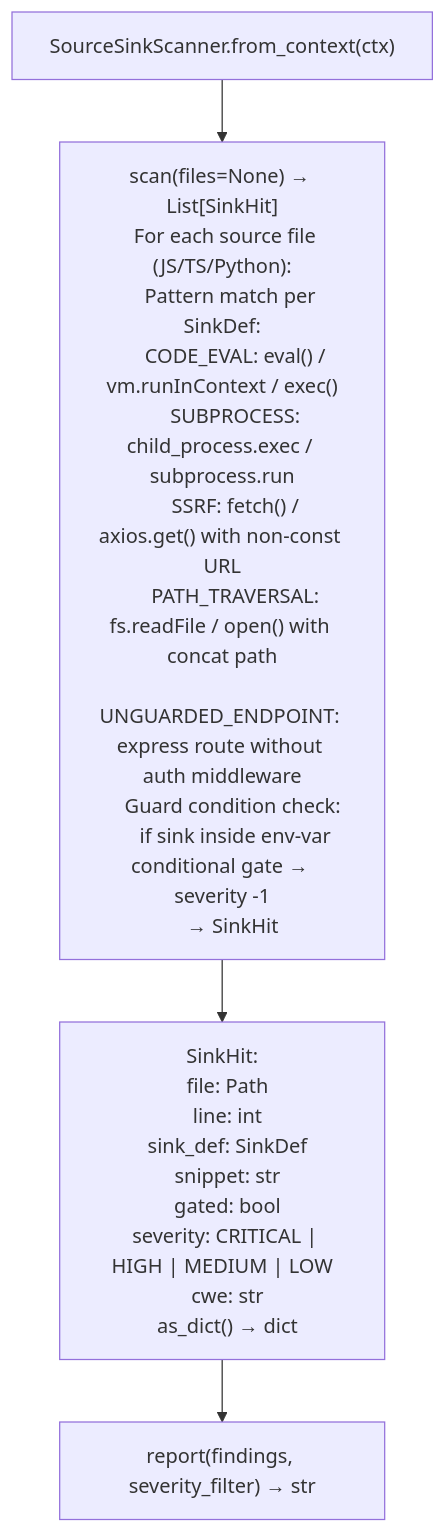
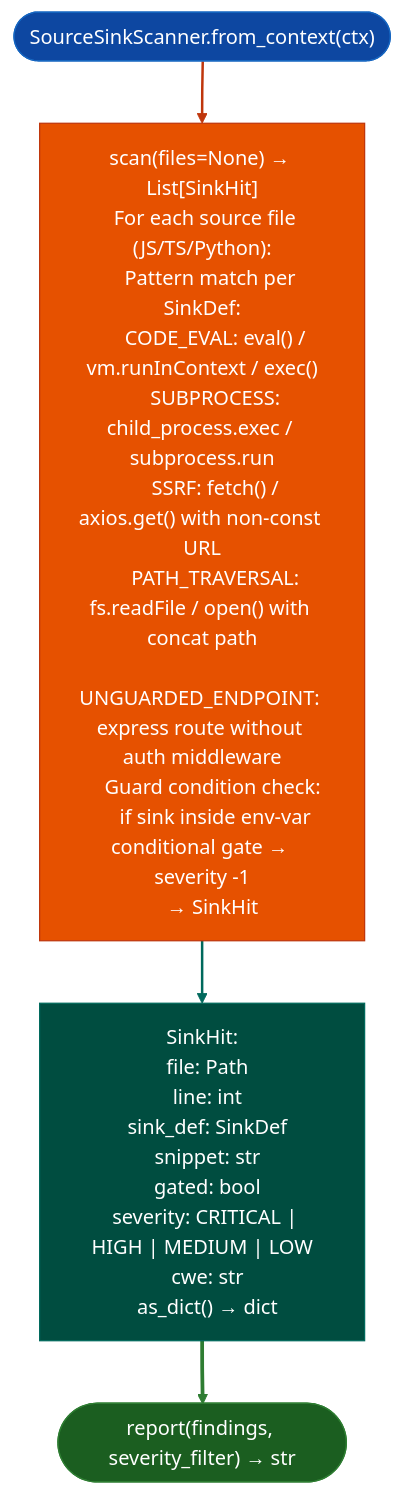
One commit to Ablation-Tool/ablation changed the diagram in docs/reference-modules/source-code-auditing.md. Above: the diagram before and after it, drawn with Mermaid. The commit also changed 320 other files, not shown here.

First line of the commit message:
docs: apply canonical Mermaid template to all 321 diagrams

````diff
--- a/docs/reference-modules/source-code-auditing.md
+++ b/docs/reference-modules/source-code-auditing.md
@@ -19,6 +19,15 @@
 ```mermaid
 flowchart TD
-    A["SourceSinkScanner.from_context(ctx)"] --> B["scan(files=None) → List[SinkHit]\n  For each source file (JS/TS/Python):\n    Pattern match per SinkDef:\n      CODE_EVAL: eval() / vm.runInContext / exec()\n      SUBPROCESS: child_process.exec / subprocess.run\n      SSRF: fetch() / axios.get() with non-const URL\n      PATH_TRAVERSAL: fs.readFile / open() with concat path\n      UNGUARDED_ENDPOINT: express route without auth middleware\n    Guard condition check:\n      if sink inside env-var conditional gate → severity -1\n    → SinkHit"]
-    B --> C["SinkHit:\n  file: Path\n  line: int\n  sink_def: SinkDef\n  snippet: str\n  gated: bool\n  severity: CRITICAL | HIGH | MEDIUM | LOW\n  cwe: str\n  as_dict() → dict"]
-    C --> D["report(findings, severity_filter) → str"]
+    A(["SourceSinkScanner.from_context(ctx)"]):::input --> B["scan(files=None) → List[SinkHit]\n  For each source file (JS/TS/Python):\n    Pattern match per SinkDef:\n      CODE_EVAL: eval() / vm.runInContext / exec()\n      SUBPROCESS: child_process.exec / subprocess.run\n      SSRF: fetch() / axios.get() with non-const URL\n      PATH_TRAVERSAL: fs.readFile / open() with concat path\n      UNGUARDED_ENDPOINT: express route without auth middleware\n    Guard condition check:\n      if sink inside env-var conditional gate → severity -1\n    → SinkHit"]:::primary
+    B:::primary --> C["SinkHit:\n  file: Path\n  line: int\n  sink_def: SinkDef\n  snippet: str\n  gated: bool\n  severity: CRITICAL | HIGH | MEDIUM | LOW\n  cwe: str\n  as_dict() → dict"]:::secondary
+    C:::secondary --> D(["report(findings, severity_filter) → str"]):::output
+    classDef input     fill:#0d47a1,stroke:#1565c0,color:#fff
+    classDef primary   fill:#e65100,stroke:#bf360c,color:#fff
+    classDef secondary fill:#004d40,stroke:#00695c,color:#fff
+    classDef tertiary  fill:#4a148c,stroke:#6a1b9a,color:#fff
+    classDef neutral   fill:#37474f,stroke:#546e7a,color:#fff
+    classDef output    fill:#1b5e20,stroke:#2e7d32,color:#fff
+    linkStyle 0 stroke:#bf360c,stroke-width:2px
+    linkStyle 1 stroke:#00695c,stroke-width:2px
+    linkStyle 2 stroke:#2e7d32,stroke-width:3px
 ```
````
